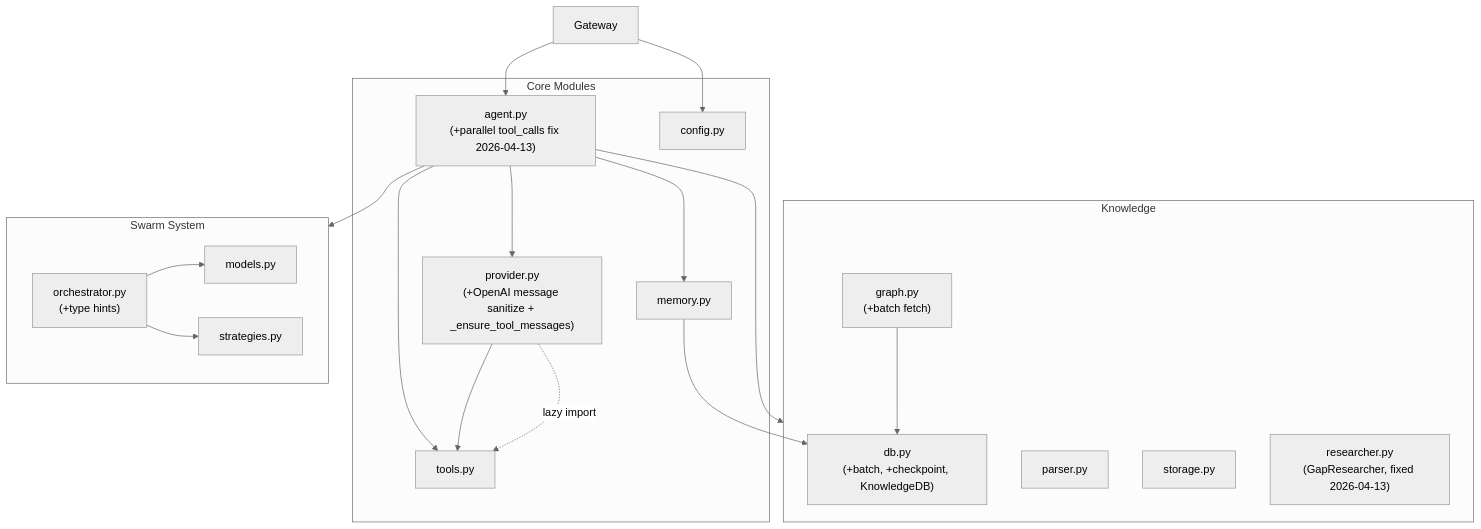
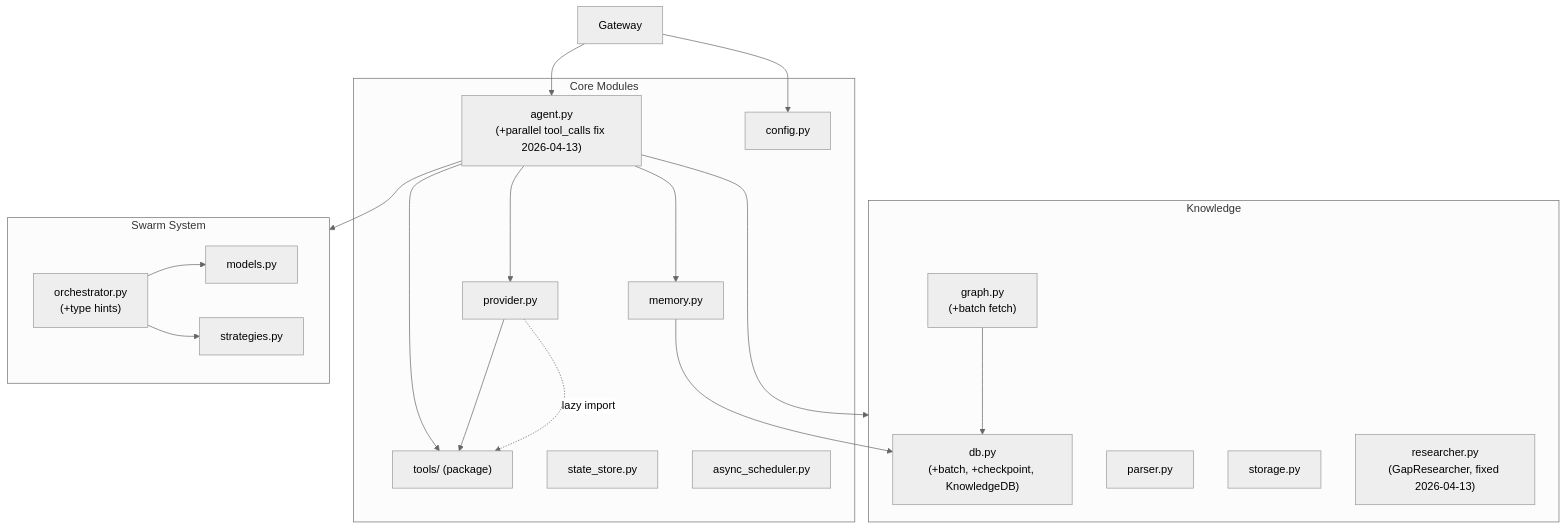
The eighth of 8 diagrams in docs/architecture_with_optimizations.md (adrianx26/zensynora), drawn with Mermaid (neutral theme) before and after one commit. The commit also changed other lines of this file and 15 other files, not shown here.

First line of the commit message:
Redesign documentation diagrams to Mermaid and add big_diagram.md

````diff
--- a/docs/architecture_with_optimizations.md
+++ b/docs/architecture_with_optimizations.md
@@ -381,43 +381,45 @@
 ```mermaid
 flowchart TD
     subgraph Core["Core Modules"]
         Agent["agent.py<br/>(+parallel tool_calls fix 2026-04-13)"]
         Memory["memory.py"]
-        Provider["provider.py<br/>(+OpenAI message sanitize + _ensure_tool_messages)"]
-        Tools["tools.py"]
+        Provider["provider.py"]
+        Tools["tools/ (package)"]
         Config["config.py"]
+        State["state_store.py"]
+        AsyncSched["async_scheduler.py"]
     end
 
     subgraph Knowledge["Knowledge"]
         DB["db.py<br/>(+batch, +checkpoint, KnowledgeDB)"]
         Graph["graph.py<br/>(+batch fetch)"]
         Parser["parser.py"]
         Storage["storage.py<br/>(write_note, read_note)"]
         Researcher["researcher.py<br/>(GapResearcher, fixed 2026-04-13)"]
     end
 
     subgraph Swarm["Swarm System"]
         Orchestrator["orchestrator.py<br/>(+type hints)"]
         Models["models.py"]
         Strategies["strategies.py"]
         Storage["storage.py"]
     end
 
     Agent --> Memory
     Agent --> Provider
     Agent --> Tools
     Agent --> Knowledge
 
     Provider --> Tools
     Provider -.->|"lazy import"| Tools
 
     Memory --> DB
     Graph --> DB
 
     Agent --> Swarm
     Orchestrator --> Models
     Orchestrator --> Strategies
 
     Gateway --> Agent
     Gateway --> Config
 ```
````
